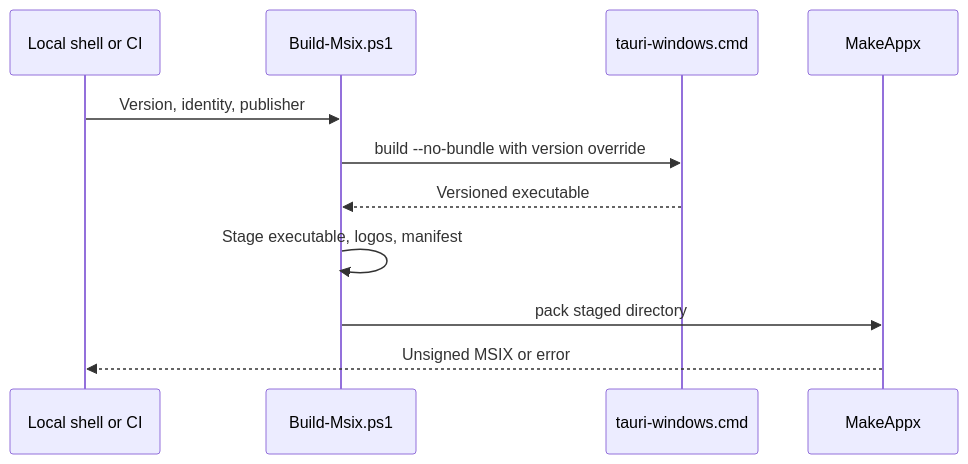
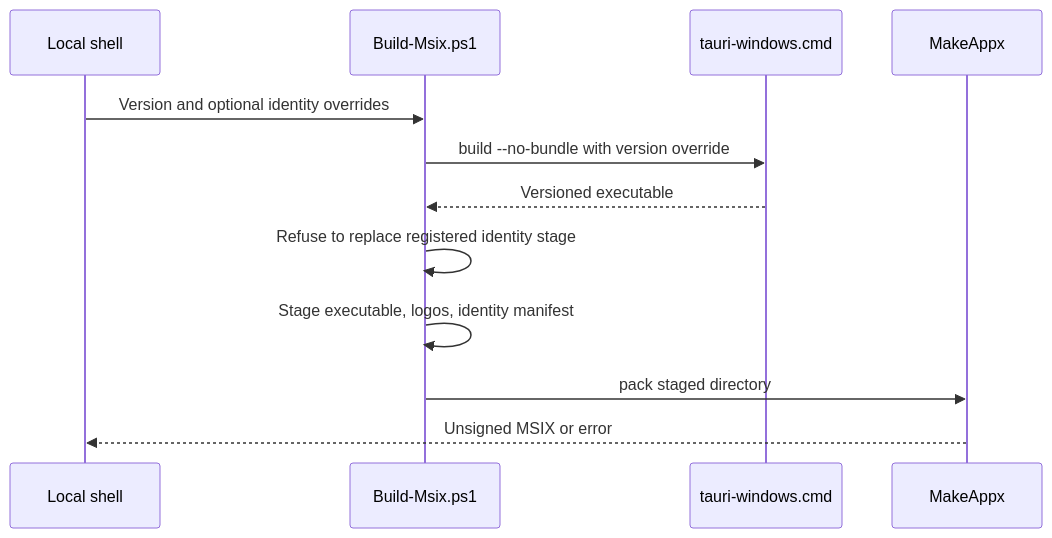
Before and after one commit to tbkmax/TopClock: the second of 3 diagrams in scripts/doc/workflow_diagram.md, drawn with Mermaid. The commit also changed other lines of this file and 13 other files, not shown here.

````diff
--- a/scripts/doc/workflow_diagram.md
+++ b/scripts/doc/workflow_diagram.md
@@ -22,13 +22,14 @@
 ```mermaid
 sequenceDiagram
-    participant Caller as Local shell or CI
+    participant Caller as Local shell
     participant Script as Build-Msix.ps1
     participant Tauri as tauri-windows.cmd
     participant SDK as MakeAppx
-    Caller->>Script: Version, identity, publisher
+    Caller->>Script: Version and optional identity overrides
     Script->>Tauri: build --no-bundle with version override
     Tauri-->>Script: Versioned executable
-    Script->>Script: Stage executable, logos, manifest
+    Script->>Script: Refuse to replace registered identity stage
+    Script->>Script: Stage executable, logos, identity manifest
     Script->>SDK: pack staged directory
     SDK-->>Caller: Unsigned MSIX or error
 ```
````
